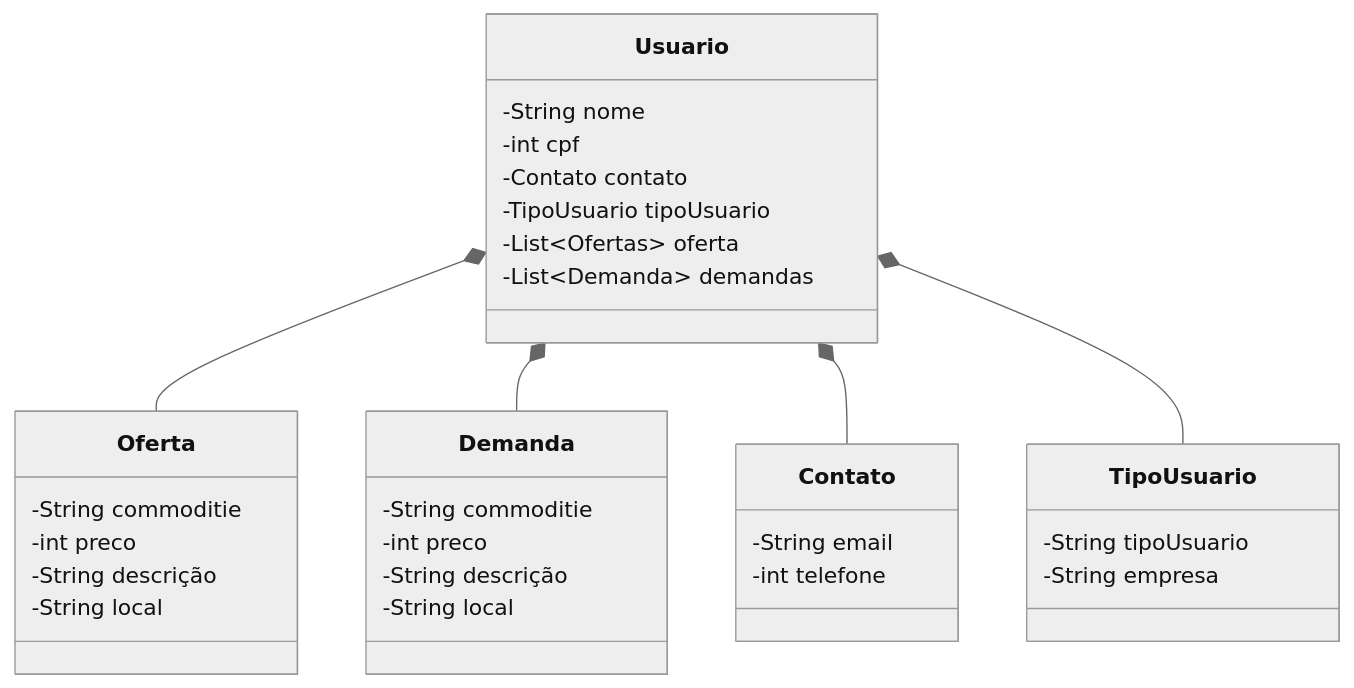
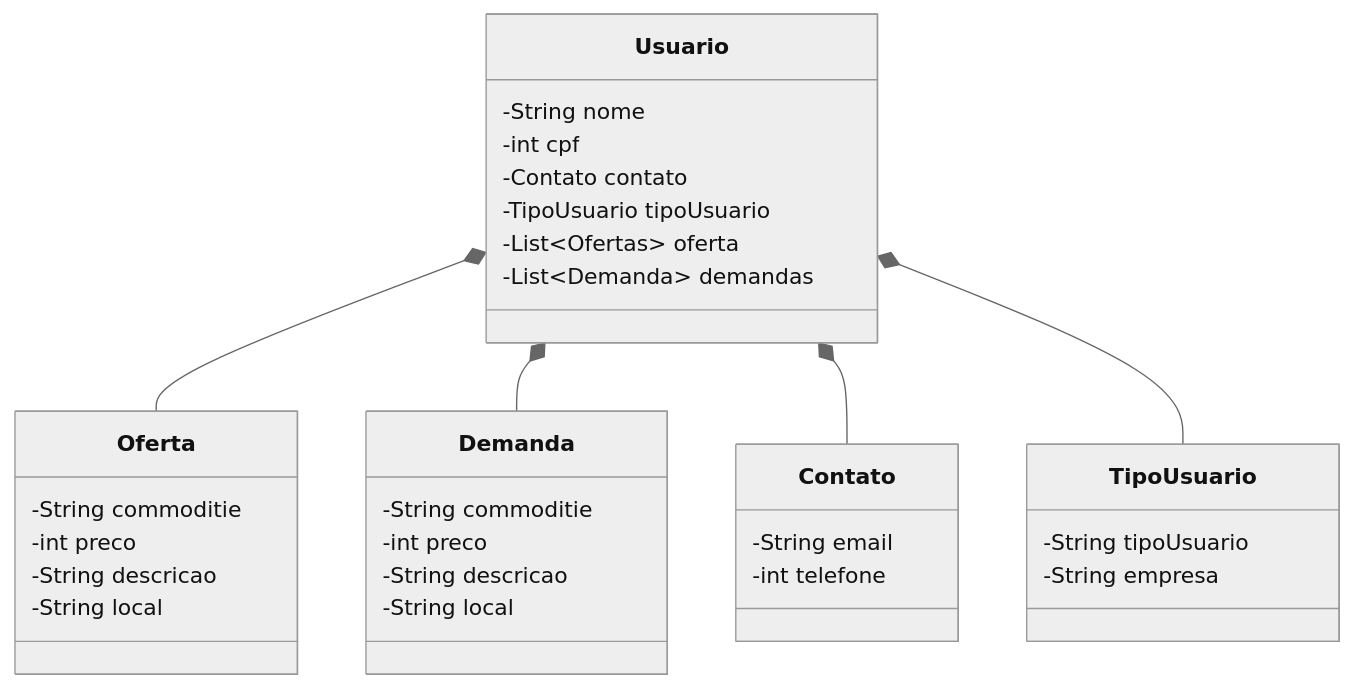
One commit to led-21/grainbroker changed the diagram in README.md. Above: the diagram before and after it, drawn with Mermaid (neutral theme).

````diff
--- a/README.md
+++ b/README.md
@@ -3,26 +3,26 @@
 ```mermaid
 classDiagram
     Usuario : -String nome
     Usuario : -int cpf
     Usuario : -Contato contato
     Usuario : -TipoUsuario tipoUsuario
     Usuario : -List~Ofertas~ oferta
     Usuario : -List~Demanda~ demandas
     Usuario *-- Oferta
     Usuario *-- Demanda
     Usuario *-- Contato
     Usuario *-- TipoUsuario
     Oferta : -String commoditie
     Oferta : -int preco
-    Oferta : -String descrição
+    Oferta : -String descricao
     Oferta : -String local
     Demanda : -String commoditie
     Demanda : -int preco
-    Demanda : -String descrição
+    Demanda : -String descricao
     Demanda : -String local
     Contato : -String email
     Contato : -int telefone
     TipoUsuario : -String tipoUsuario
     TipoUsuario : -String empresa
     
 ```
````
